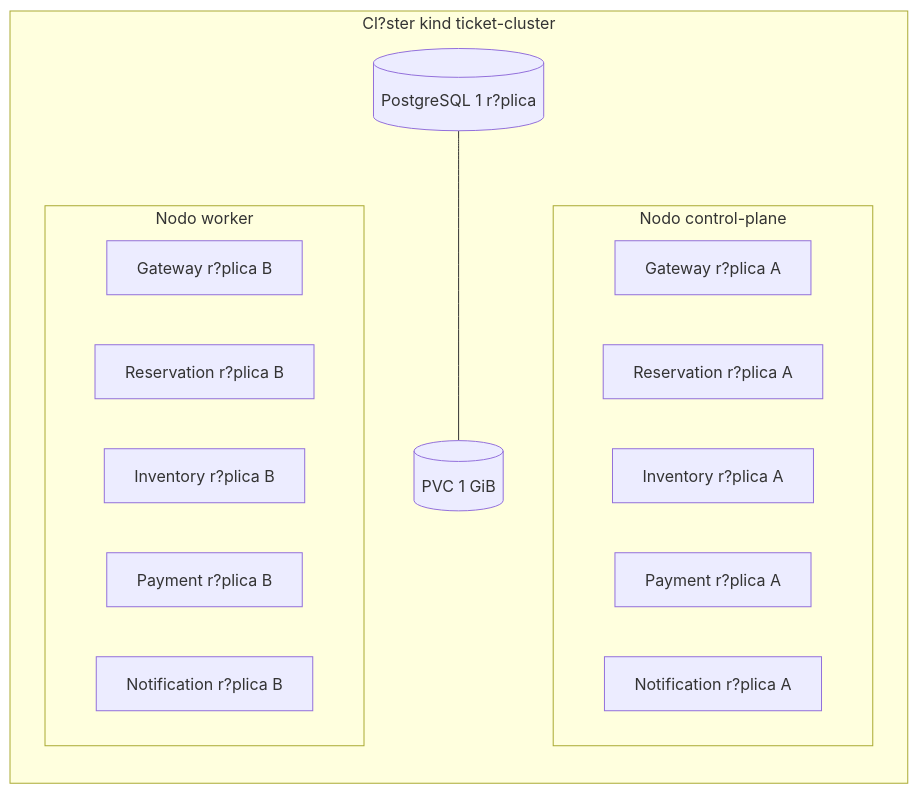
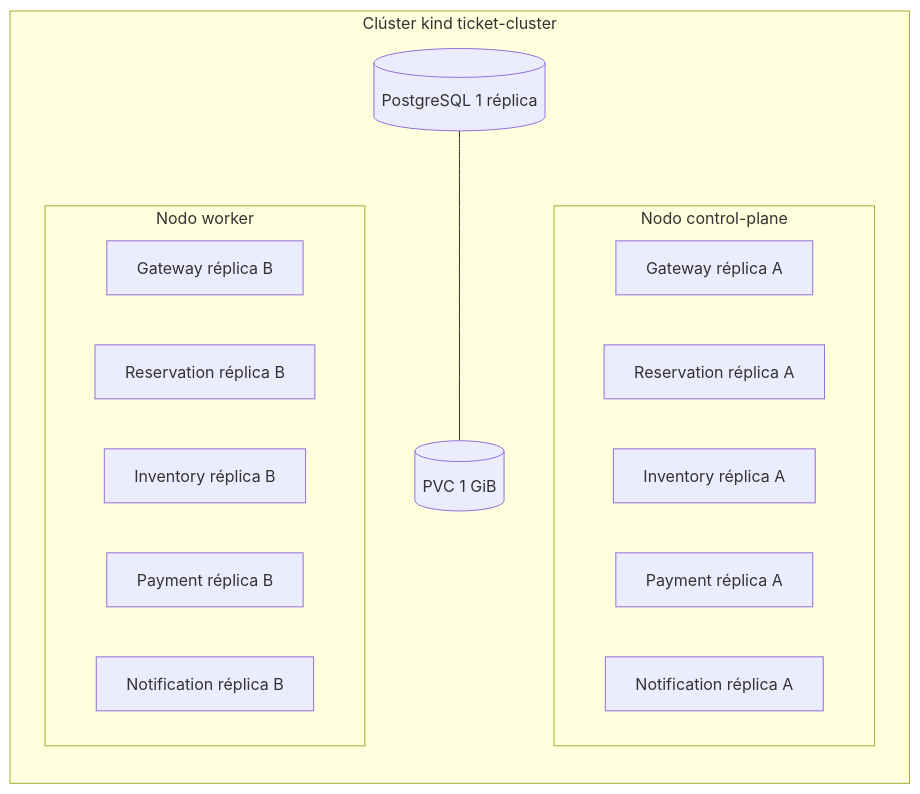
The second of 3 diagrams in docs/ARQUITECTURA.md (UPSGabriel/ticket-reservation-system), drawn with Mermaid before and after one commit. The commit also changed other lines of this file and 6 other files, not shown here.

````diff
--- a/docs/ARQUITECTURA.md
+++ b/docs/ARQUITECTURA.md
@@ -22,22 +22,22 @@
 ```mermaid
 flowchart LR
-    subgraph K[Cl?ster kind ticket-cluster]
+    subgraph K[Clúster kind ticket-cluster]
         subgraph A[Nodo control-plane]
-            G1[Gateway r?plica A]
-            R1[Reservation r?plica A]
-            I1[Inventory r?plica A]
-            P1[Payment r?plica A]
-            N1[Notification r?plica A]
+            G1[Gateway réplica A]
+            R1[Reservation réplica A]
+            I1[Inventory réplica A]
+            P1[Payment réplica A]
+            N1[Notification réplica A]
         end
 
         subgraph B[Nodo worker]
-            G2[Gateway r?plica B]
-            R2[Reservation r?plica B]
-            I2[Inventory r?plica B]
-            P2[Payment r?plica B]
-            N2[Notification r?plica B]
+            G2[Gateway réplica B]
+            R2[Reservation réplica B]
+            I2[Inventory réplica B]
+            P2[Payment réplica B]
+            N2[Notification réplica B]
         end
 
-        DB[(PostgreSQL 1 r?plica)] --- PVC[(PVC 1 GiB)]
+        DB[(PostgreSQL 1 réplica)] --- PVC[(PVC 1 GiB)]
     end
 ```
````
